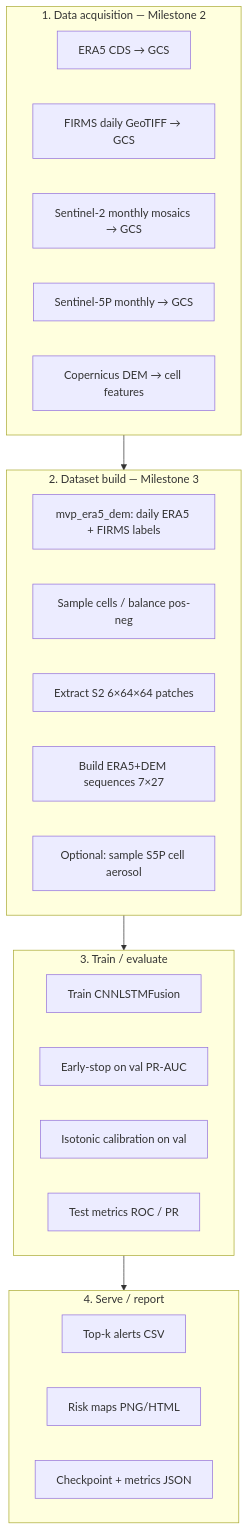
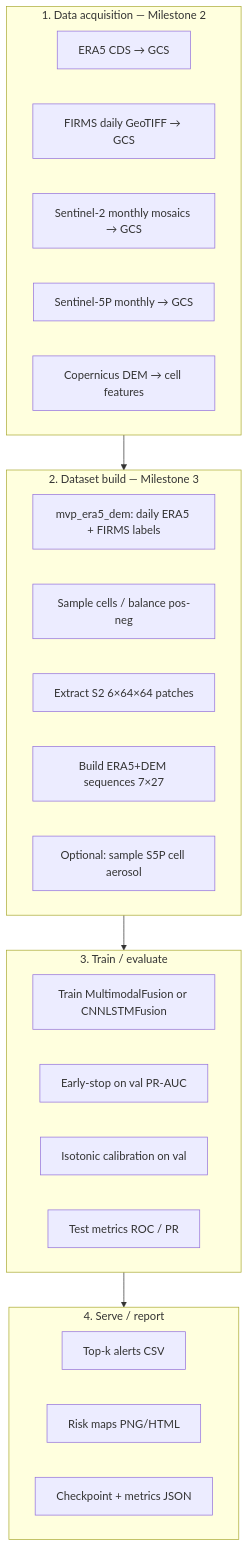
Before and after one commit to DSAI-IITM-T2-2026/Group-8-DS-and-AI-Lab-Project: the second of 9 diagrams in Milestone 3/ARCHITECTURE.md, drawn with Mermaid. The commit also changed other lines of this file and 32 other files, not shown here.

First line of the commit message:
feat: add multimodal fusion model with docs and released weights

````diff
--- a/Milestone 3/ARCHITECTURE.md
+++ b/Milestone 3/ARCHITECTURE.md
@@ -47,33 +47,33 @@
 ```mermaid
 flowchart TB
   subgraph L1 [1. Data acquisition — Milestone 2]
     A1[ERA5 CDS → GCS]
     A2[FIRMS daily GeoTIFF → GCS]
     A3[Sentinel-2 monthly mosaics → GCS]
     A4[Sentinel-5P monthly → GCS]
     A5[Copernicus DEM → cell features]
   end
 
   subgraph L2 [2. Dataset build — Milestone 3]
     B1[mvp_era5_dem: daily ERA5 + FIRMS labels]
     B2[Sample cells / balance pos-neg]
     B3[Extract S2 6×64×64 patches]
     B4[Build ERA5+DEM sequences 7×27]
     B5[Optional: sample S5P cell aerosol]
   end
 
   subgraph L3 [3. Train / evaluate]
-    C1[Train CNNLSTMFusion]
+    C1[Train MultimodalFusion or CNNLSTMFusion]
     C2[Early-stop on val PR-AUC]
     C3[Isotonic calibration on val]
     C4[Test metrics ROC / PR]
   end
 
   subgraph L4 [4. Serve / report]
     D1[Top-k alerts CSV]
     D2[Risk maps PNG/HTML]
     D3[Checkpoint + metrics JSON]
   end
 
   L1 --> L2 --> L3 --> L4
 ```
````
